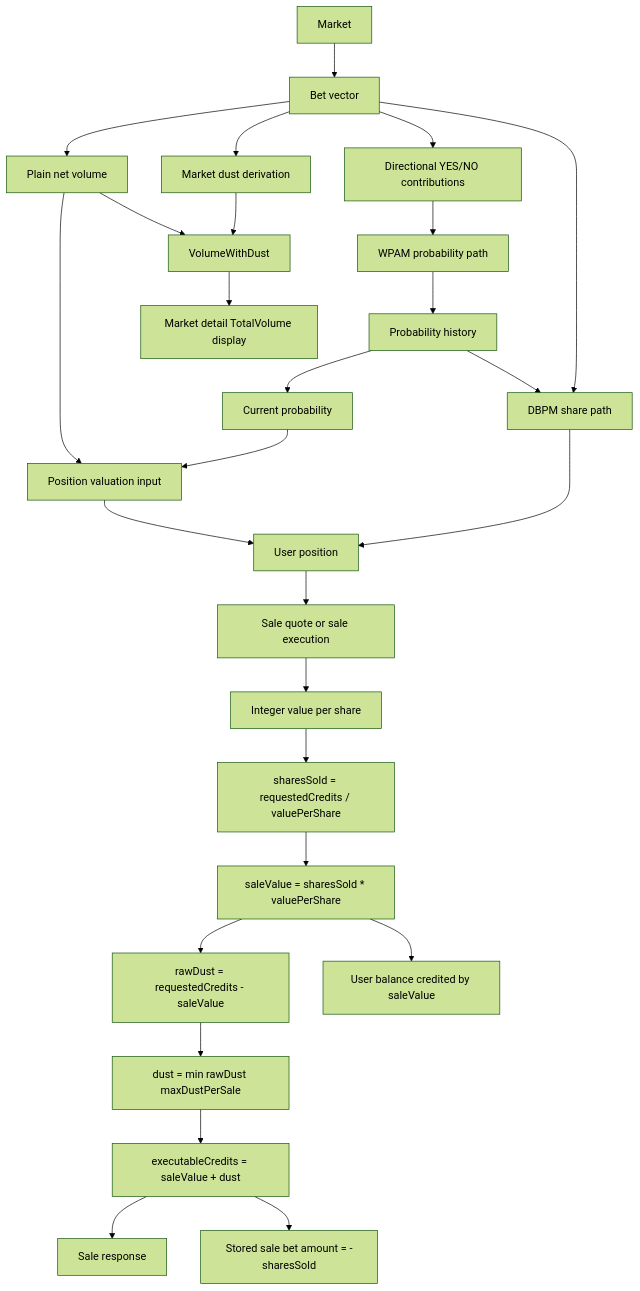
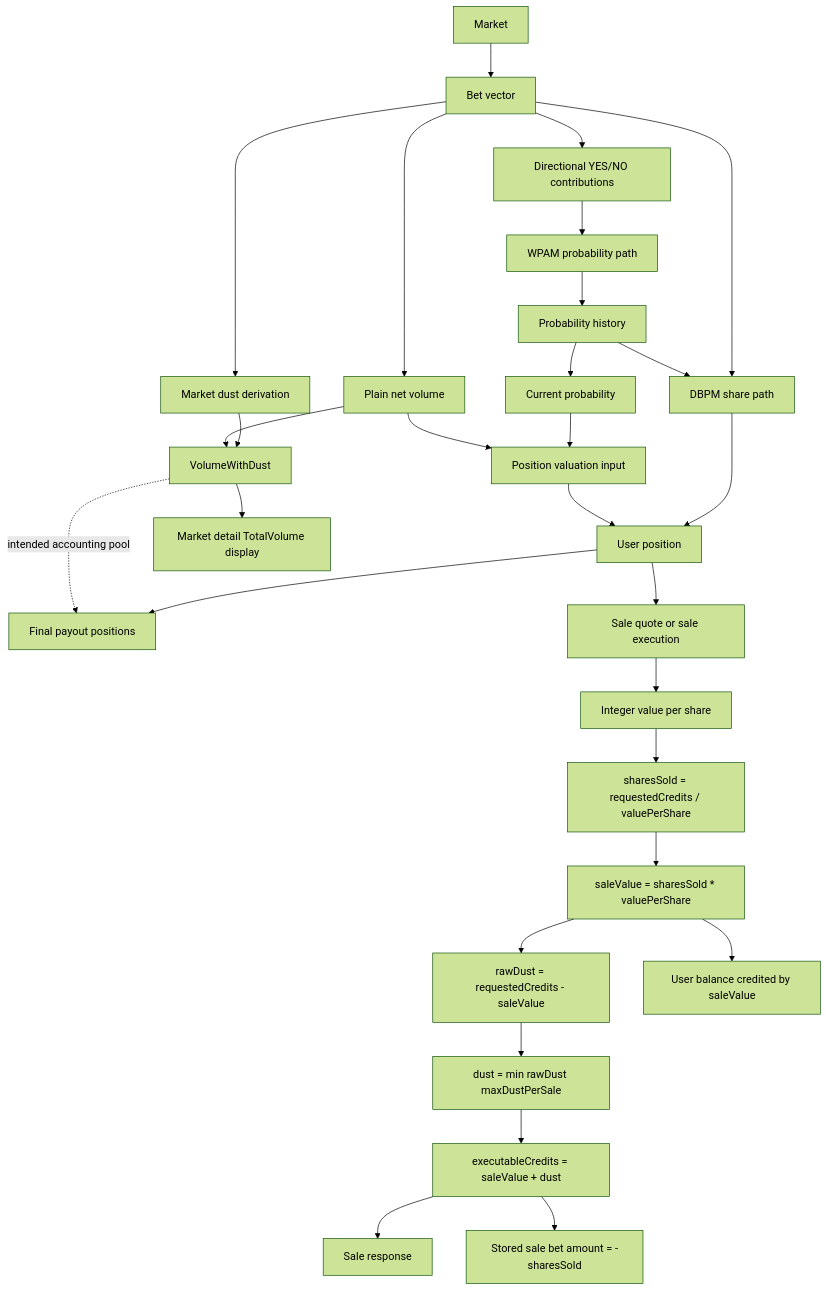
Before and after one commit to openpredictionmarkets/socialpredict: the diagram in README/MATH/README-MATH-MARKET-FLOWS.md, drawn with Mermaid (forest theme). The commit also changed other lines of this file, not shown here.

Commit message:
docs: explain dust conservation accounting

````diff
--- a/README/MATH/README-MATH-MARKET-FLOWS.md
+++ b/README/MATH/README-MATH-MARKET-FLOWS.md
@@ -21,29 +21,31 @@
 ```mermaid
 flowchart TD
     A[Market] --> B[Bet vector]
     B --> C[Directional YES/NO contributions]
     C --> D[WPAM probability path]
     B --> E[DBPM share path]
     B --> R[Plain net volume]
     D --> PH[Probability history]
     PH --> E
     PH --> CP[Current probability]
     CP --> V[Position valuation input]
     R --> V[Position valuation input]
     E --> F[User position]
     V --> F
+    F --> FP[Final payout positions]
     F --> G[Sale quote or sale execution]
     G --> H[Integer value per share]
     H --> I[sharesSold = requestedCredits / valuePerShare]
     I --> J[saleValue = sharesSold * valuePerShare]
     J --> K[rawDust = requestedCredits - saleValue]
     K --> L[dust = min rawDust maxDustPerSale]
     L --> M[executableCredits = saleValue + dust]
     M --> N[Sale response]
     M --> O[Stored sale bet amount = -sharesSold]
     J --> P[User balance credited by saleValue]
     B --> Q[Market dust derivation]
     Q --> S[VolumeWithDust]
     R --> S
     S --> T[Market detail TotalVolume display]
+    S -. intended accounting pool .-> FP
 ```
````
